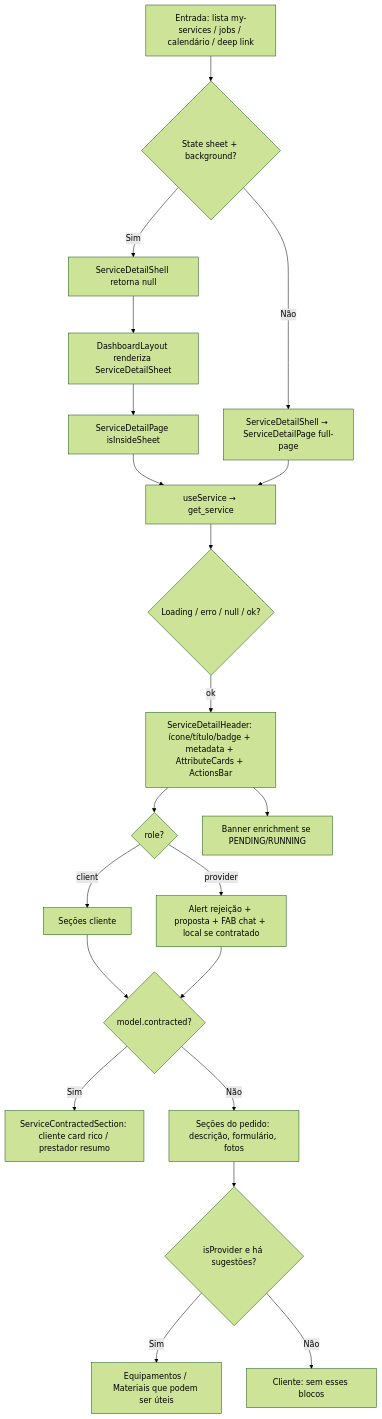
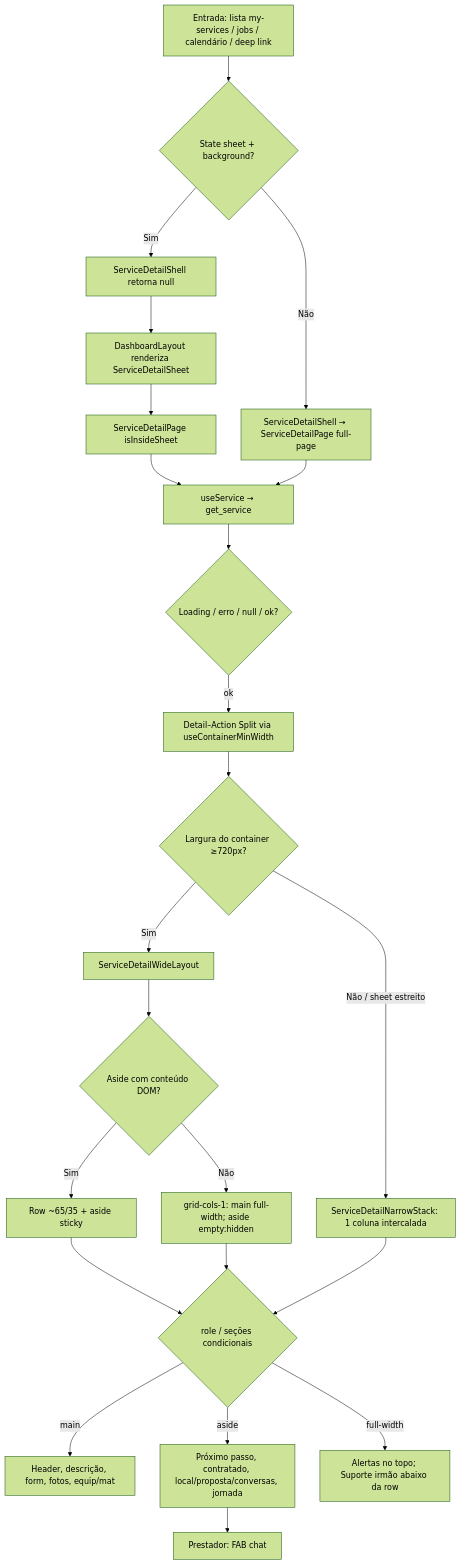
One commit to higorpo/renovi-orbit-test changed the diagram in docs/business/modulos/view-services/features/visualizacao-de-servicos.md. Above: the diagram before and after it, drawn with Mermaid (forest theme). The commit also changed other lines of this file and 14 other files, not shown here.

First line of the commit message:
Integrate @tailwindcss/container-queries for responsive design in ServiceDetail components

````diff
--- a/docs/business/modulos/view-services/features/visualizacao-de-servicos.md
+++ b/docs/business/modulos/view-services/features/visualizacao-de-servicos.md
@@ -63,23 +63,25 @@
 ```mermaid
 flowchart TD
   A[Entrada: lista my-services / jobs / calendário / deep link] --> B{State sheet + background?}
   B -->|Sim| C[ServiceDetailShell retorna null]
   C --> D[DashboardLayout renderiza ServiceDetailSheet]
   D --> E[ServiceDetailPage isInsideSheet]
   B -->|Não| F[ServiceDetailShell → ServiceDetailPage full-page]
   E --> G[useService → get_service]
   F --> G
   G --> H{Loading / erro / null / ok?}
-  H -->|ok| I[ServiceDetailHeader: ícone/título/badge + metadata + AttributeCards + ActionsBar]
-  I --> J{role?}
-  J -->|client| K[Seções cliente]
-  J -->|provider| L[Alert rejeição + proposta + FAB chat + local se contratado]
-  K --> M{model.contracted?}
-  L --> M
-  M -->|Sim| N[ServiceContractedSection: cliente card rico / prestador resumo]
-  M -->|Não| O[Seções do pedido: descrição, formulário, fotos]
-  O --> P{isProvider e há sugestões?}
-  P -->|Sim| Q[Equipamentos / Materiais que podem ser úteis]
-  P -->|Não| R[Cliente: sem esses blocos]
-  I --> ENR[Banner enrichment se PENDING/RUNNING]
+  H -->|ok| I[Detail–Action Split via useContainerMinWidth]
+  I --> COL{Largura do container ≥720px?}
+  COL -->|Sim| W[ServiceDetailWideLayout]
+  COL -->|Não / sheet estreito| N1[ServiceDetailNarrowStack: 1 coluna intercalada]
+  W --> ASIDE_EMPTY{Aside com conteúdo DOM?}
+  ASIDE_EMPTY -->|Sim| W2[Row ~65/35 + aside sticky]
+  ASIDE_EMPTY -->|Não| W1[grid-cols-1: main full-width; aside empty:hidden]
+  W2 --> J{role / seções condicionais}
+  W1 --> J
+  N1 --> J
+  J -->|main| MAIN[Header, descrição, form, fotos, equip/mat]
+  J -->|aside| ASIDE[Próximo passo, contratado, local/proposta/conversas, jornada]
+  J -->|full-width| FW[Alertas no topo; Suporte irmão abaixo da row]
+  ASIDE --> FAB[Prestador: FAB chat]
 ```
````
